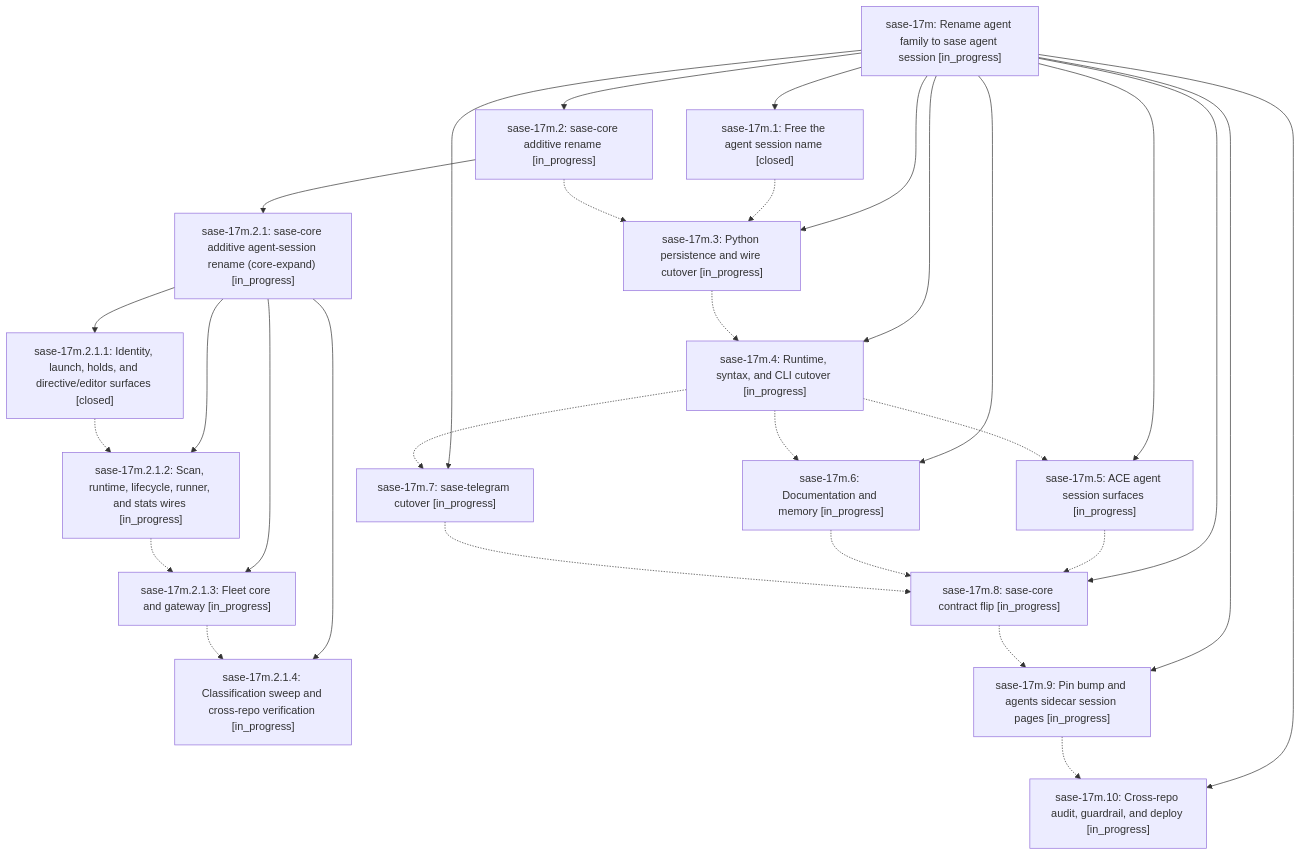
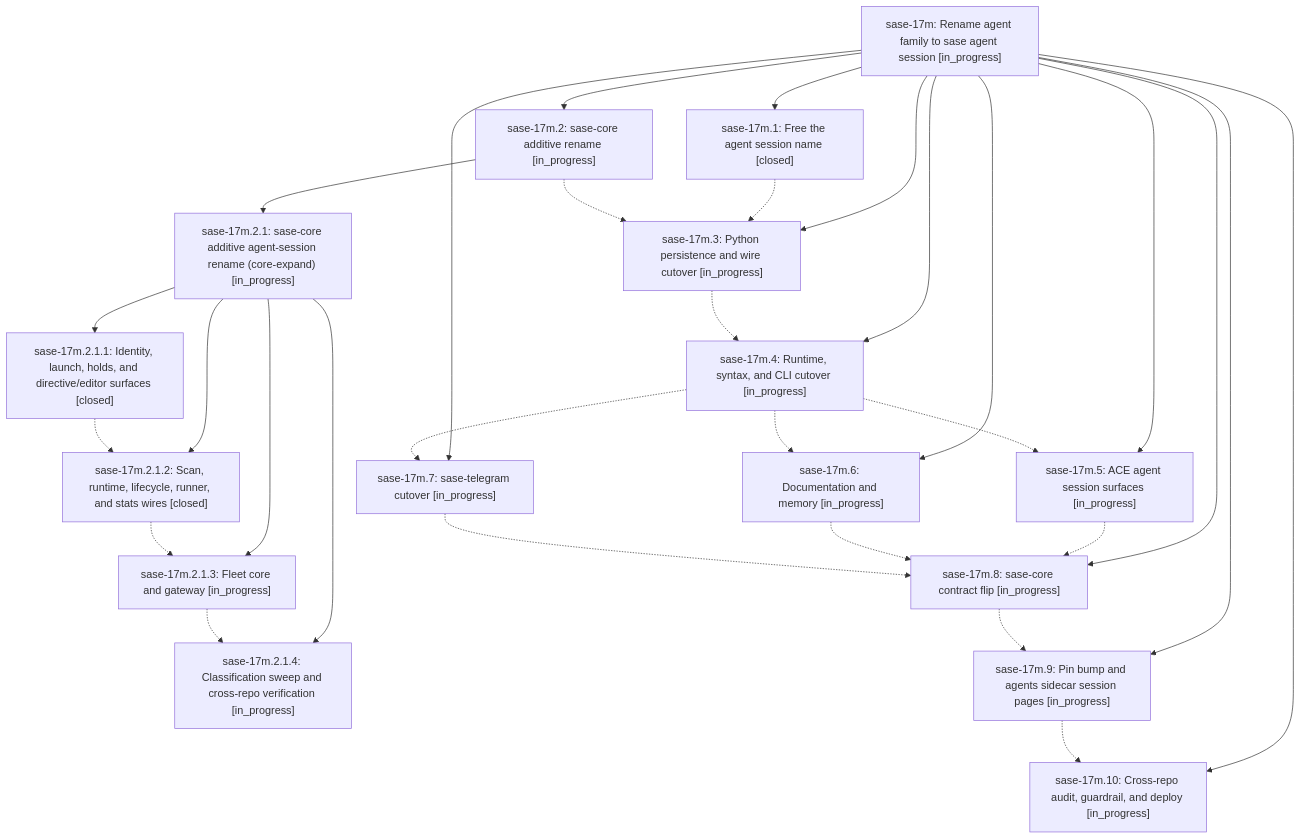
Before and after one commit to sase-org/sase--beads: the diagram in pages/sase-17m/README.md, drawn with Mermaid. The commit also changed other lines of this file and 3 other files, not shown here.

````diff
--- a/pages/sase-17m/README.md
+++ b/pages/sase-17m/README.md
@@ -31,48 +31,48 @@
 ```mermaid
 flowchart TD
     n0["sase-17m: Rename agent family to sase agent session [in_progress]"]
     n1["sase-17m.1: Free the agent session name [closed]"]
     n2["sase-17m.10: Cross-repo audit, guardrail, and deploy [in_progress]"]
     n3["sase-17m.2: sase-core additive rename [in_progress]"]
     n4["sase-17m.2.1: sase-core additive agent-session rename (core-expand) [in_progress]"]
     n5["sase-17m.2.1.1: Identity, launch, holds, and directive/editor surfaces [closed]"]
-    n6["sase-17m.2.1.2: Scan, runtime, lifecycle, runner, and stats wires [in_progress]"]
+    n6["sase-17m.2.1.2: Scan, runtime, lifecycle, runner, and stats wires [closed]"]
     n7["sase-17m.2.1.3: Fleet core and gateway [in_progress]"]
     n8["sase-17m.2.1.4: Classification sweep and cross-repo verification [in_progress]"]
     n9["sase-17m.3: Python persistence and wire cutover [in_progress]"]
     n10["sase-17m.4: Runtime, syntax, and CLI cutover [in_progress]"]
     n11["sase-17m.5: ACE agent session surfaces [in_progress]"]
     n12["sase-17m.6: Documentation and memory [in_progress]"]
     n13["sase-17m.7: sase-telegram cutover [in_progress]"]
     n14["sase-17m.8: sase-core contract flip [in_progress]"]
     n15["sase-17m.9: Pin bump and agents sidecar session pages [in_progress]"]
     n0 --> n1
     n0 --> n2
     n0 --> n3
     n3 --> n4
     n4 --> n5
     n4 --> n6
     n4 --> n7
     n4 --> n8
     n0 --> n9
     n0 --> n10
     n0 --> n11
     n0 --> n12
     n0 --> n13
     n0 --> n14
     n0 --> n15
     n1 -.-> n9
     n3 -.-> n9
     n5 -.-> n6
     n6 -.-> n7
     n7 -.-> n8
     n9 -.-> n10
     n10 -.-> n11
     n10 -.-> n12
     n10 -.-> n13
     n11 -.-> n14
     n12 -.-> n14
     n13 -.-> n14
     n14 -.-> n15
     n15 -.-> n2
 ```
````
